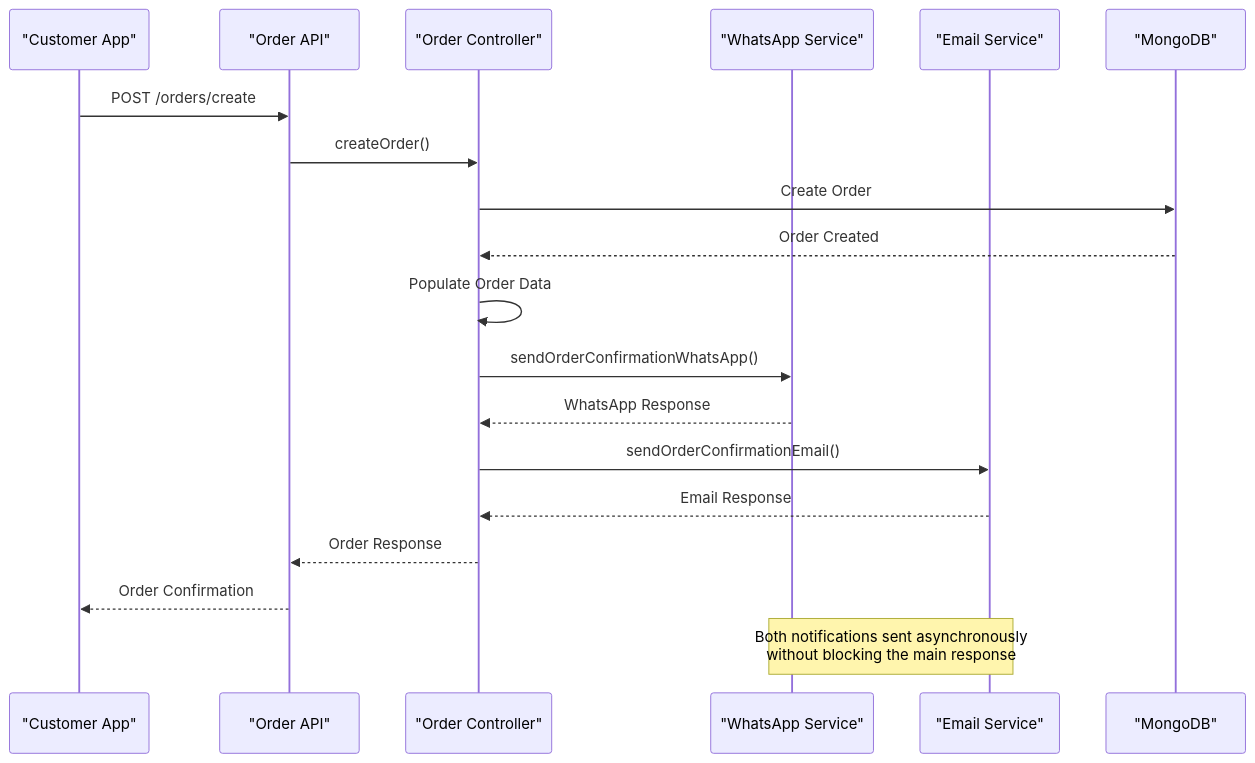
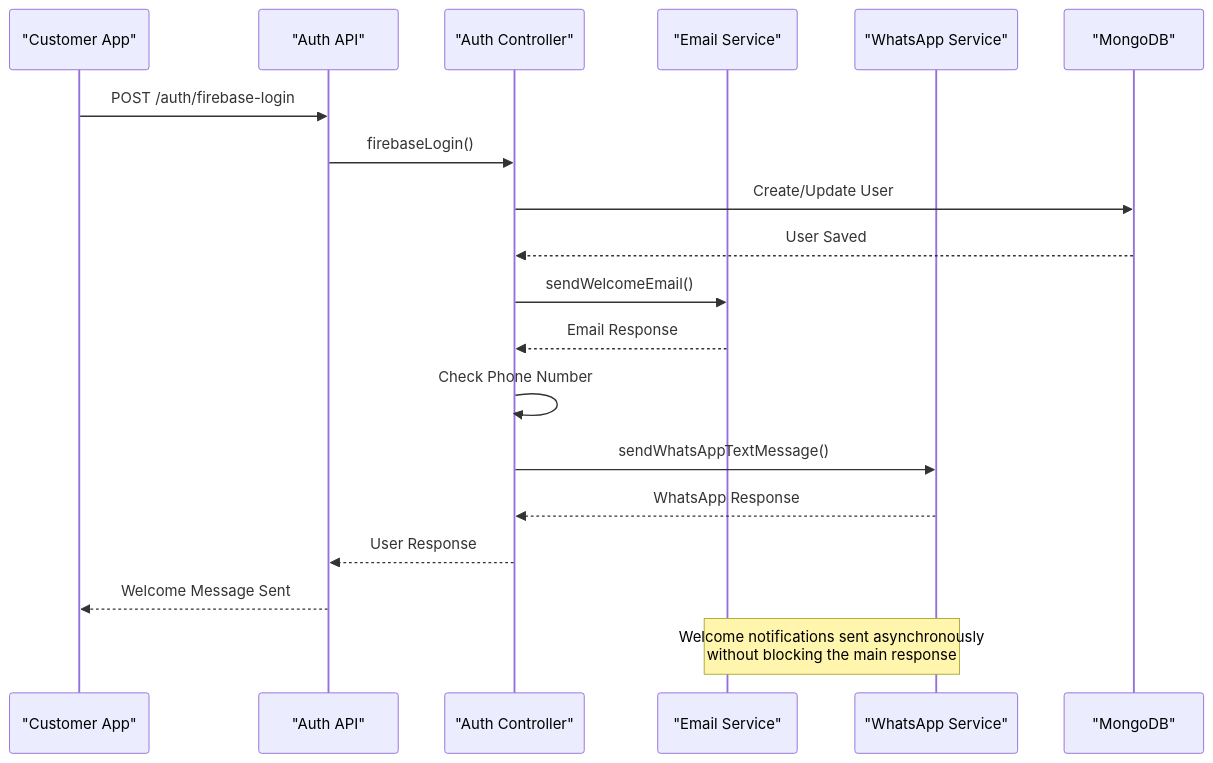
One commit to Pavan-PSPK9032/TrendsandToss changed the second of 5 diagrams in .qoder/repowiki/en/content/Backend API Documentation/WhatsApp Business Integration.md. Above: the diagram before and after it, drawn with Mermaid. The commit also changed other lines of this file and 24 other files, not shown here.

````diff
--- a/.qoder/repowiki/en/content/Backend API Documentation/WhatsApp Business Integration.md
+++ b/.qoder/repowiki/en/content/Backend API Documentation/WhatsApp Business Integration.md
@@ -117,21 +171,21 @@
 ```mermaid
 sequenceDiagram
 participant Client as "Customer App"
-participant API as "Order API"
-participant Controller as "Order Controller"
+participant API as "Auth API"
+participant Controller as "Auth Controller"
+participant Email as "Email Service"
 participant WhatsApp as "WhatsApp Service"
-participant Email as "Email Service"
 participant Database as "MongoDB"
-Client->>API : POST /orders/create
-API->>Controller : createOrder()
-Controller->>Database : Create Order
-Database-->>Controller : Order Created
-Controller->>Controller : Populate Order Data
-Controller->>WhatsApp : sendOrderConfirmationWhatsApp()
+Client->>API : POST /auth/firebase-login
+API->>Controller : firebaseLogin()
+Controller->>Database : Create/Update User
+Database-->>Controller : User Saved
+Controller->>Email : sendWelcomeEmail()
+Email-->>Controller : Email Response
+Controller->>Controller : Check Phone Number
+Controller->>WhatsApp : sendWhatsAppTextMessage()
 WhatsApp-->>Controller : WhatsApp Response
-Controller->>Email : sendOrderConfirmationEmail()
-Email-->>Controller : Email Response
-Controller-->>API : Order Response
-API-->>Client : Order Confirmation
-Note over WhatsApp,Email : Both notifications sent asynchronously<br/>without blocking the main response
+Controller-->>API : User Response
+API-->>Client : Welcome Message Sent
+Note over Email,WhatsApp : Welcome notifications sent asynchronously<br/>without blocking the main response
 ```
````
